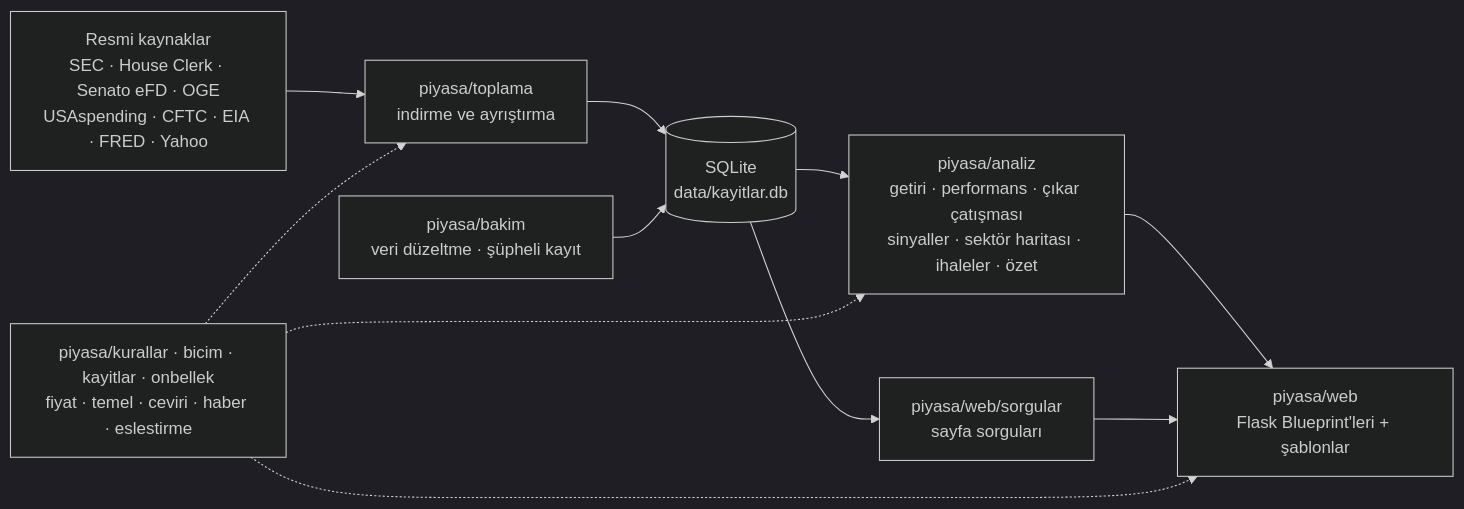
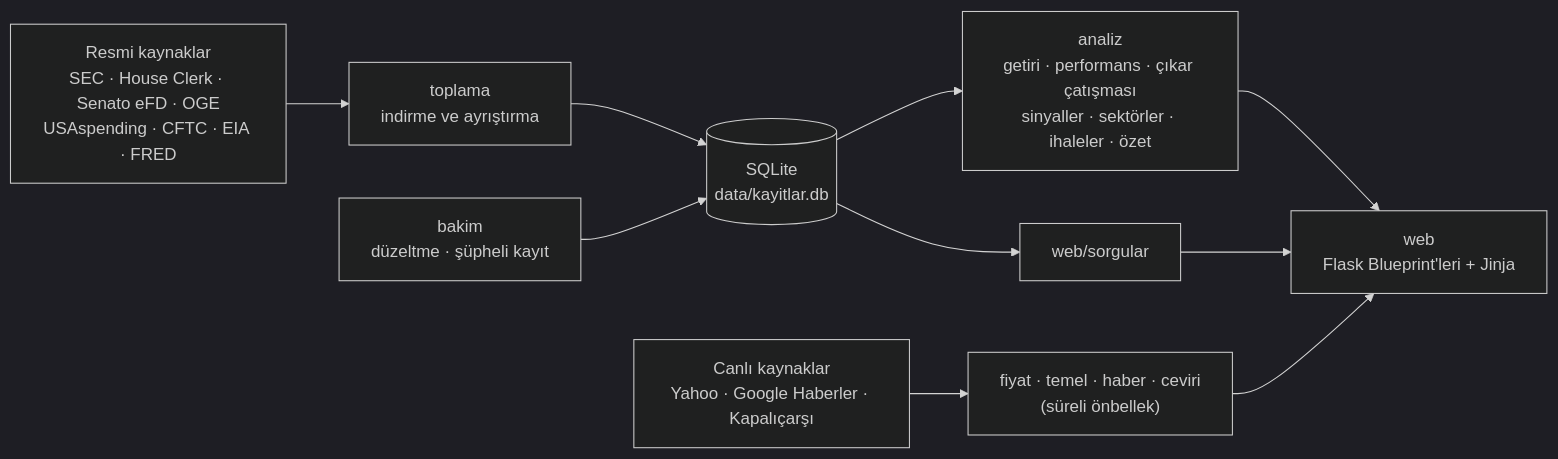
Before and after one commit to cemgokmen/piyasa-kaydi: the diagram in readme.md, drawn with Mermaid (dark theme). The commit also changed other lines of this file and 2 other files, not shown here.

Commit message:
README baştan yazıldı; Yöntem sayfası güncel (Senato, anlık fiyat, piyasa beklentileri)

````diff
--- a/readme.md
+++ b/readme.md
@@ -171,11 +156,12 @@
 ```mermaid
 flowchart LR
-    K["Resmi kaynaklar<br/>SEC · House Clerk · Senato eFD · OGE<br/>USAspending · CFTC · EIA · FRED · Yahoo"] --> T["piyasa/toplama<br/>indirme ve ayrıştırma"]
+    K["Resmi kaynaklar<br/>SEC · House Clerk · Senato eFD · OGE<br/>USAspending · CFTC · EIA · FRED"] --> T["toplama<br/>indirme ve ayrıştırma"]
     T --> V[("SQLite<br/>data/kayitlar.db")]
-    B["piyasa/bakim<br/>veri düzeltme · şüpheli kayıt"] --> V
-    V --> A["piyasa/analiz<br/>getiri · performans · çıkar çatışması<br/>sinyaller · sektör haritası · ihaleler · özet"]
-    V --> S["piyasa/web/sorgular<br/>sayfa sorguları"]
-    A --> W["piyasa/web<br/>Flask Blueprint'leri + şablonlar"]
+    B["bakim<br/>düzeltme · şüpheli kayıt"] --> V
+    V --> A["analiz<br/>getiri · performans · çıkar çatışması<br/>sinyaller · sektörler · ihaleler · özet"]
+    V --> S["web/sorgular"]
+    A --> W["web<br/>Flask Blueprint'leri + Jinja"]
     S --> W
-    C["piyasa/kurallar · bicim · kayitlar · onbellek<br/>fiyat · temel · ceviri · haber · eslestirme"] -.-> T & A & W
+    Y["Canlı kaynaklar<br/>Yahoo · Google Haberler · Kapalıçarşı"] --> C["fiyat · temel · haber · ceviri<br/>(süreli önbellek)"]
+    C --> W
 ```
````
